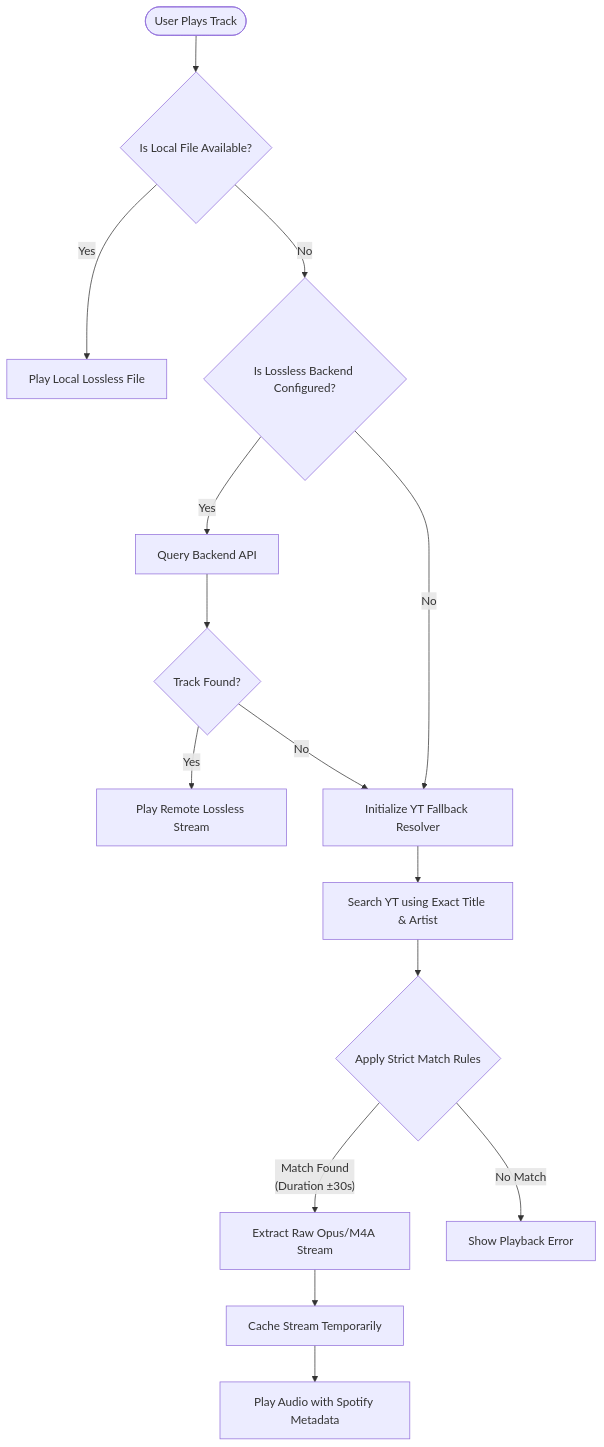
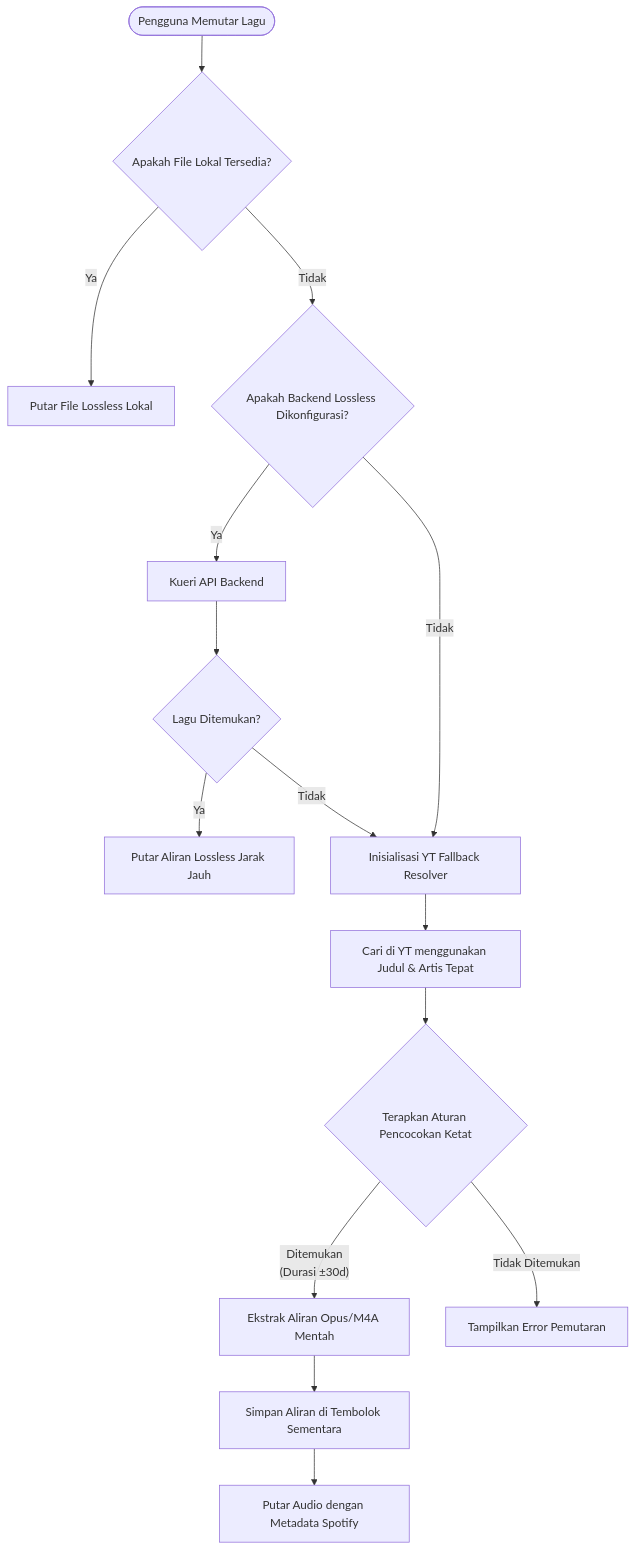
One commit to mezuuu/Aetheris changed the first of 2 diagrams in README.md. Above: the diagram before and after it, drawn with Mermaid. The commit also changed other lines of this file, not shown here.

````diff
--- a/README.md
+++ b/README.md
@@ -73,22 +73,22 @@
 ```mermaid
 flowchart TD
-    Start([User Plays Track]) --> CheckLocal{Is Local File Available?}
-    CheckLocal -- Yes --> PlayLocal[Play Local Lossless File]
-    CheckLocal -- No --> CheckBackend{Is Lossless Backend Configured?}
+    Start([Pengguna Memutar Lagu]) --> CheckLocal{Apakah File Lokal Tersedia?}
+    CheckLocal -- Ya --> PlayLocal[Putar File Lossless Lokal]
+    CheckLocal -- Tidak --> CheckBackend{Apakah Backend Lossless Dikonfigurasi?}
     
-    CheckBackend -- Yes --> BackendAPI[Query Backend API]
-    BackendAPI --> BackendMatch{Track Found?}
-    BackendMatch -- Yes --> PlayBackend[Play Remote Lossless Stream]
-    BackendMatch -- No --> FallbackResolution
+    CheckBackend -- Ya --> BackendAPI[Kueri API Backend]
+    BackendAPI --> BackendMatch{Lagu Ditemukan?}
+    BackendMatch -- Ya --> PlayBackend[Putar Aliran Lossless Jarak Jauh]
+    BackendMatch -- Tidak --> FallbackResolution
     
-    CheckBackend -- No --> FallbackResolution[Initialize YT Fallback Resolver]
+    CheckBackend -- Tidak --> FallbackResolution[Inisialisasi YT Fallback Resolver]
     
-    FallbackResolution --> SearchYT[Search YT using Exact Title & Artist]
-    SearchYT --> MatchRules{Apply Strict Match Rules}
+    FallbackResolution --> SearchYT[Cari di YT menggunakan Judul & Artis Tepat]
+    SearchYT --> MatchRules{Terapkan Aturan Pencocokan Ketat}
     
-    MatchRules -- "Match Found\n(Duration ±30s)" --> ExtractStream[Extract Raw Opus/M4A Stream]
-    MatchRules -- "No Match" --> Error[Show Playback Error]
+    MatchRules -- "Ditemukan\n(Durasi ±30d)" --> ExtractStream[Ekstrak Aliran Opus/M4A Mentah]
+    MatchRules -- "Tidak Ditemukan" --> Error[Tampilkan Error Pemutaran]
     
-    ExtractStream --> Cache[Cache Stream Temporarily]
-    Cache --> PlayFallback[Play Audio with Spotify Metadata]
+    ExtractStream --> Cache[Simpan Aliran di Tembolok Sementara]
+    Cache --> PlayFallback[Putar Audio dengan Metadata Spotify]
 ```
````
